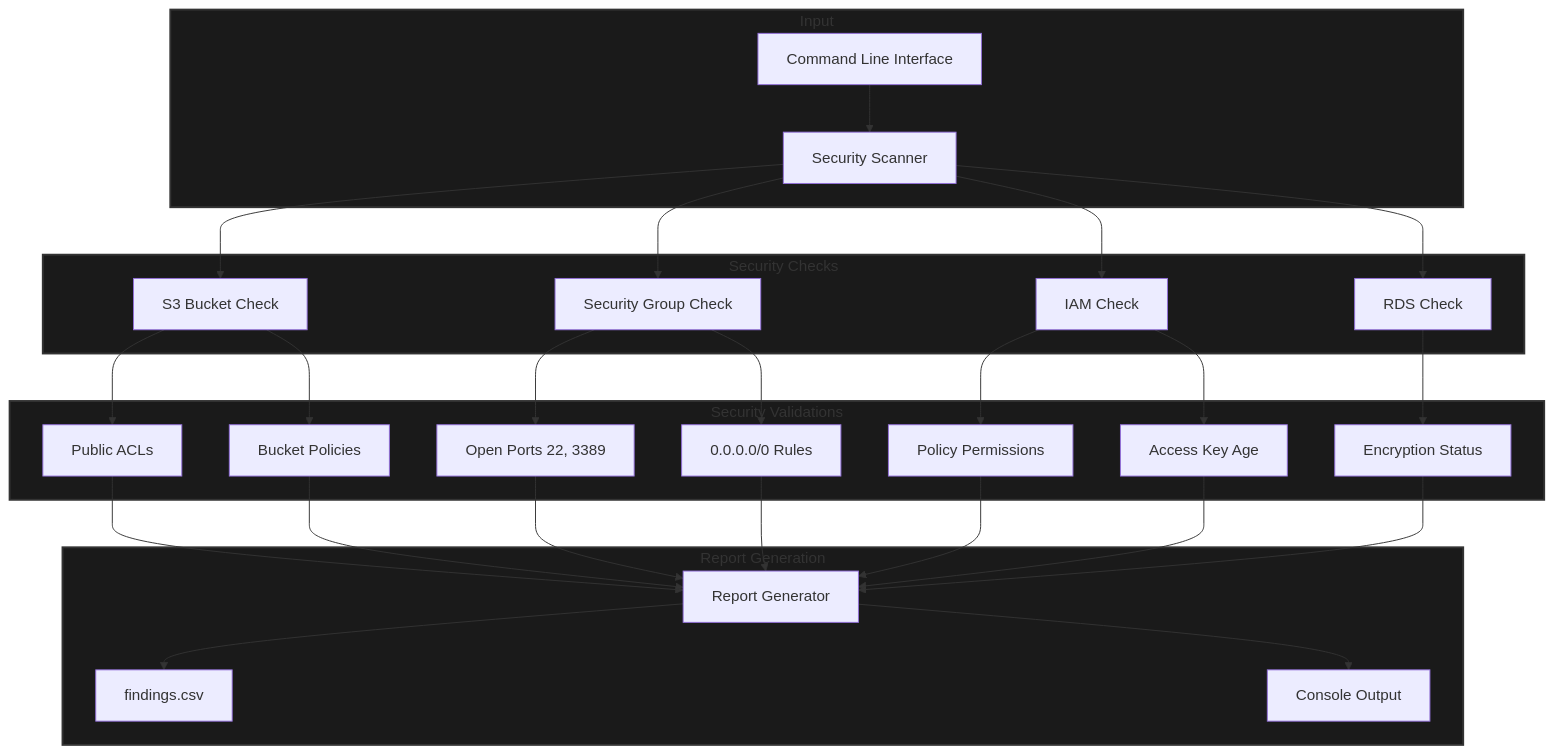
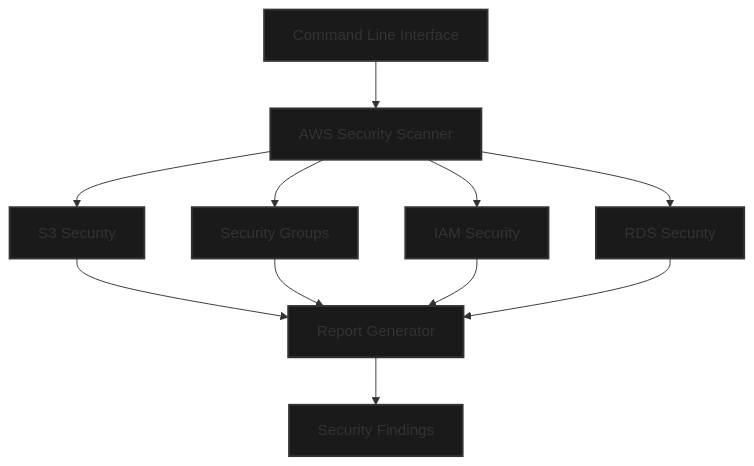
Before and after one commit to moelhaj996/Automated-AWS-Security-Scanner: the first of 2 diagrams in README.md, drawn with Mermaid.

````diff
--- a/README.md
+++ b/README.md
@@ -35,38 +35,25 @@
 ```mermaid
 flowchart TB
-    subgraph input[Input]
-        CLI[Command Line Interface]
-        CLI --> Scanner[Security Scanner]
-    end
+    CLI[Command Line Interface] --> Scanner[AWS Security Scanner]
+    
+    Scanner --> S3[S3 Security]
+    Scanner --> SG[Security Groups]
+    Scanner --> IAM[IAM Security]
+    Scanner --> RDS[RDS Security]
+    
+    S3 --> Report[Report Generator]
+    SG --> Report
+    IAM --> Report
+    RDS --> Report
+    
+    Report --> Output[Security Findings]
 
-    subgraph checks[Security Checks]
-        Scanner --> S3[S3 Bucket Check]
-        Scanner --> SG[Security Group Check]
-        Scanner --> IAM[IAM Check]
-        Scanner --> RDS[RDS Check]
-    end
-
-    subgraph validations[Security Validations]
-        S3 --> S3_1[Public ACLs]
-        S3 --> S3_2[Bucket Policies]
-        
-        SG --> SG_1[Open Ports 22, 3389]
-        SG --> SG_2[0.0.0.0/0 Rules]
-        
-        IAM --> IAM_1[Policy Permissions]
-        IAM --> IAM_2[Access Key Age]
-        
-        RDS --> RDS_1[Encryption Status]
-    end
-
-    subgraph output[Report Generation]
-        S3_1 & S3_2 & SG_1 & SG_2 & IAM_1 & IAM_2 & RDS_1 --> Report[Report Generator]
-        Report --> CSV[findings.csv]
-        Report --> Console[Console Output]
-    end
-
-    style input fill:#1a1a1a,stroke:#333,stroke-width:2px
-    style checks fill:#1a1a1a,stroke:#333,stroke-width:2px
-    style validations fill:#1a1a1a,stroke:#333,stroke-width:2px
-    style output fill:#1a1a1a,stroke:#333,stroke-width:2px
+    style CLI fill:#1a1a1a,stroke:#333,stroke-width:2px
+    style Scanner fill:#1a1a1a,stroke:#333,stroke-width:2px
+    style S3 fill:#1a1a1a,stroke:#333,stroke-width:2px
+    style SG fill:#1a1a1a,stroke:#333,stroke-width:2px
+    style IAM fill:#1a1a1a,stroke:#333,stroke-width:2px
+    style RDS fill:#1a1a1a,stroke:#333,stroke-width:2px
+    style Report fill:#1a1a1a,stroke:#333,stroke-width:2px
+    style Output fill:#1a1a1a,stroke:#333,stroke-width:2px
 ```
````
